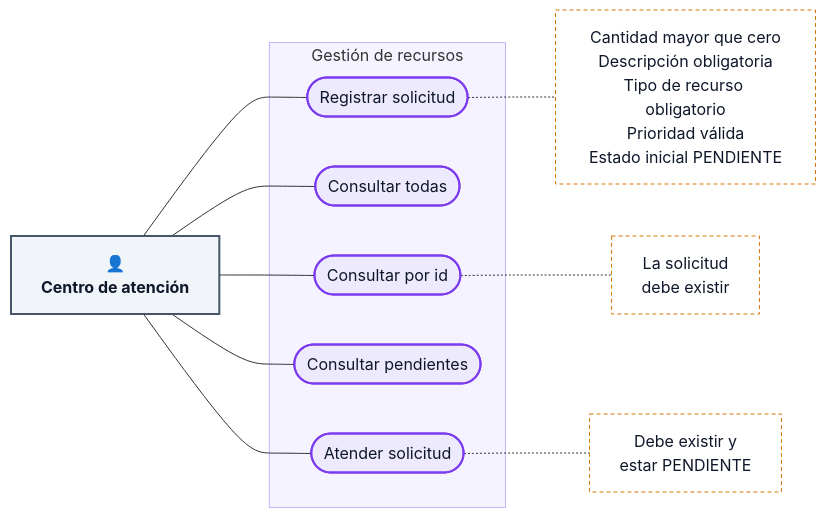
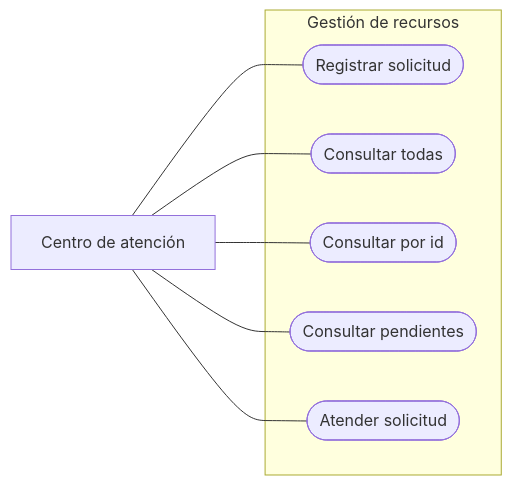
The ninth of 9 diagrams in docs/arquitectura.md (andreMD287/JEE-Negocio), drawn with Mermaid before and after one commit. The commit also changed other lines of this file and 2 other files, not shown here.

Commit message:
Documentación: diagramas en blanco y negro y evidencias resumidas

````diff
--- a/docs/arquitectura.md
+++ b/docs/arquitectura.md
@@ -464,27 +377,16 @@
 ```mermaid
 flowchart LR
-    classDef actor fill:#F1F5F9,stroke:#475569,stroke-width:2px,color:#0F172A
-    classDef uc fill:#EDE9FE,stroke:#7C3AED,stroke-width:2px,color:#0F172A
-    classDef rule fill:#FFFFFF,stroke:#D97706,stroke-width:1px,stroke-dasharray:4 3,color:#0F172A
-
-    ACTOR["👤<br/><b>Centro de atención</b>"]:::actor
-
+    ACTOR["Centro de atención"]
     subgraph SYS["Gestión de recursos"]
-        UC1(["Registrar solicitud"]):::uc
-        UC2(["Consultar todas"]):::uc
-        UC3(["Consultar por id"]):::uc
-        UC4(["Consultar pendientes"]):::uc
-        UC5(["Atender solicitud"]):::uc
+        UC1(["Registrar solicitud"])
+        UC2(["Consultar todas"])
+        UC3(["Consultar por id"])
+        UC4(["Consultar pendientes"])
+        UC5(["Atender solicitud"])
     end
-
-    R1["Cantidad mayor que cero<br/>Descripción obligatoria<br/>Tipo de recurso obligatorio<br/>Prioridad válida<br/>Estado inicial PENDIENTE"]:::rule
-    R2["La solicitud<br/>debe existir"]:::rule
-    R3["Debe existir y<br/>estar PENDIENTE"]:::rule
-
-    ACTOR --- UC1 & UC2 & UC3 & UC4 & UC5
-    UC1 -.- R1
-    UC3 -.- R2
-    UC5 -.- R3
-
-    style SYS fill:#F5F3FF,stroke:#C4B5FD
+    ACTOR --- UC1
+    ACTOR --- UC2
+    ACTOR --- UC3
+    ACTOR --- UC4
+    ACTOR --- UC5
 ```
````
